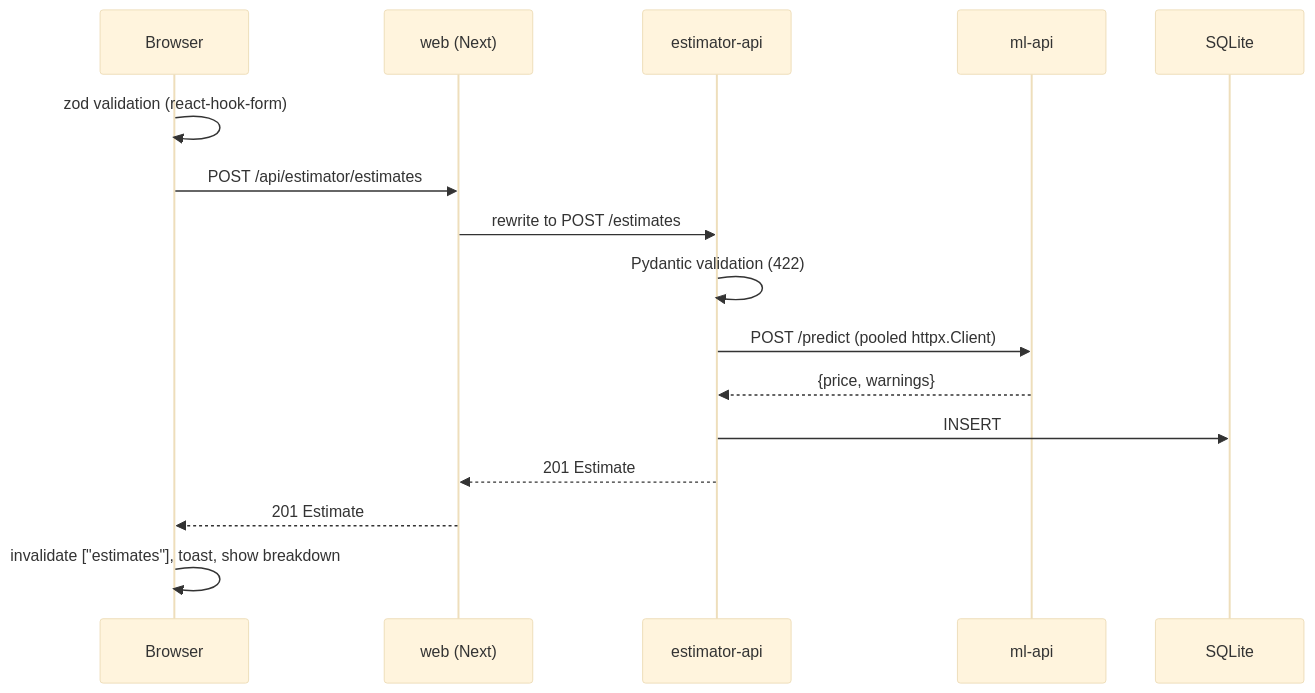
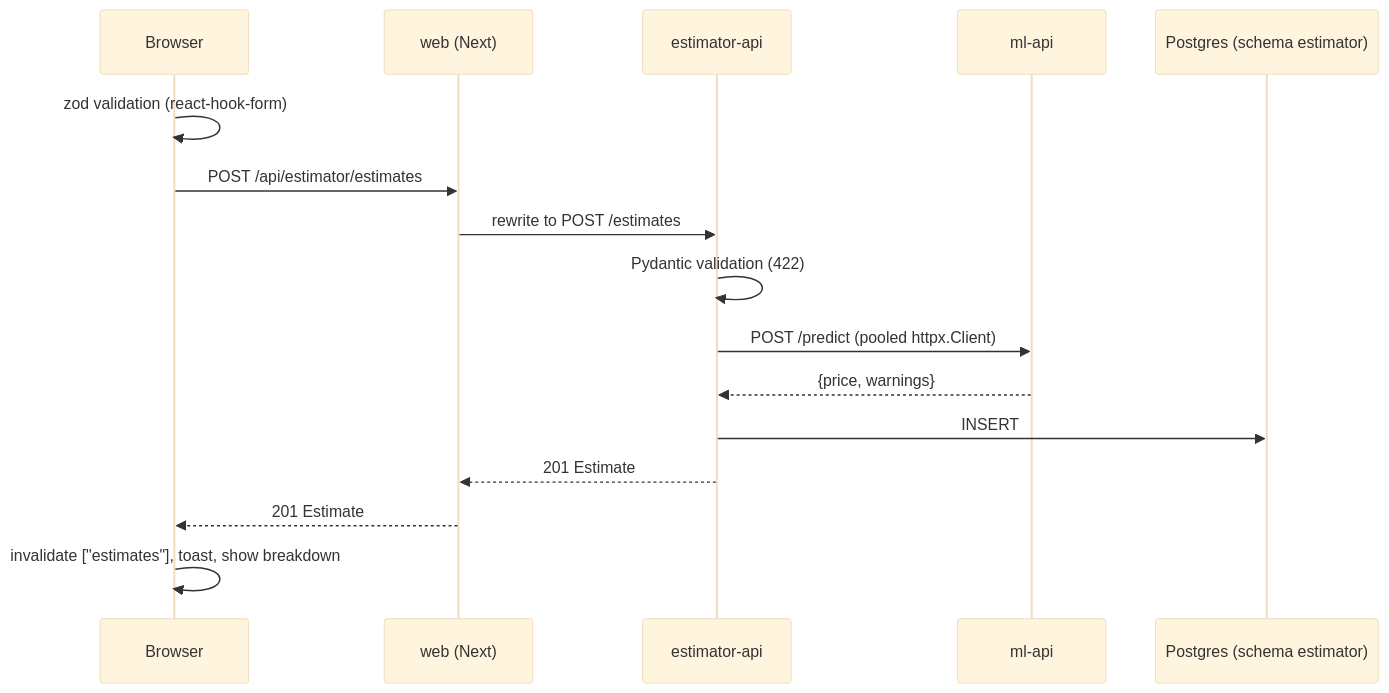
Before and after one commit to Ekhrapykin/housing-prediction-portal: the second of 4 diagrams in ARCHITECTURE.md, drawn with Mermaid (base theme). The commit also changed other lines of this file and 35 other files, not shown here.

First line of the commit message:
Move storage to Postgres with schema-per-service and share one dataset

````diff
--- a/ARCHITECTURE.md
+++ b/ARCHITECTURE.md
@@ -67,18 +68,18 @@
 ```mermaid
 sequenceDiagram
   participant B as Browser
   participant W as web (Next)
   participant E as estimator-api
   participant ML as ml-api
-  participant DB as SQLite
+  participant DB as Postgres (schema estimator)
   B->>B: zod validation (react-hook-form)
   B->>W: POST /api/estimator/estimates
   W->>E: rewrite to POST /estimates
   E->>E: Pydantic validation (422)
   E->>ML: POST /predict (pooled httpx.Client)
   ML-->>E: {price, warnings}
   E->>DB: INSERT
   E-->>W: 201 Estimate
   W-->>B: 201 Estimate
   B->>B: invalidate ["estimates"], toast, show breakdown
 ```
````
